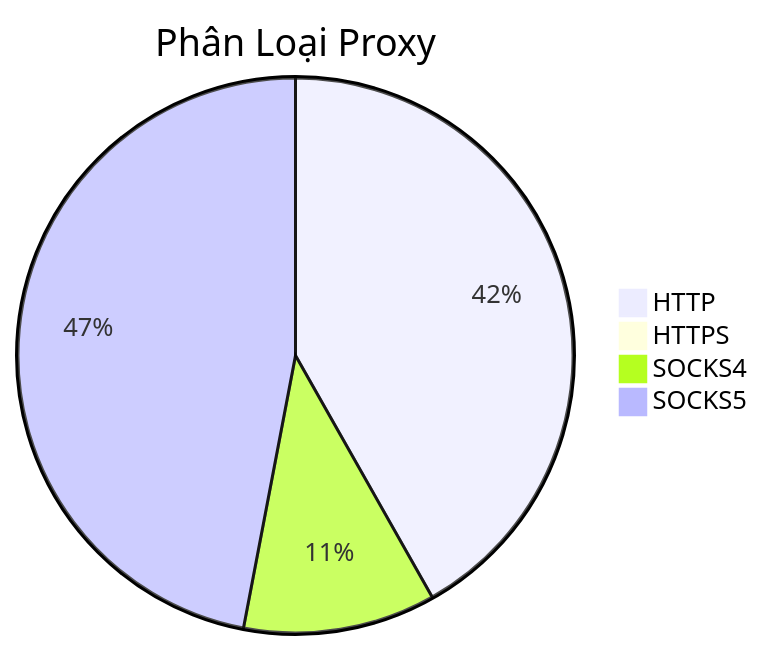
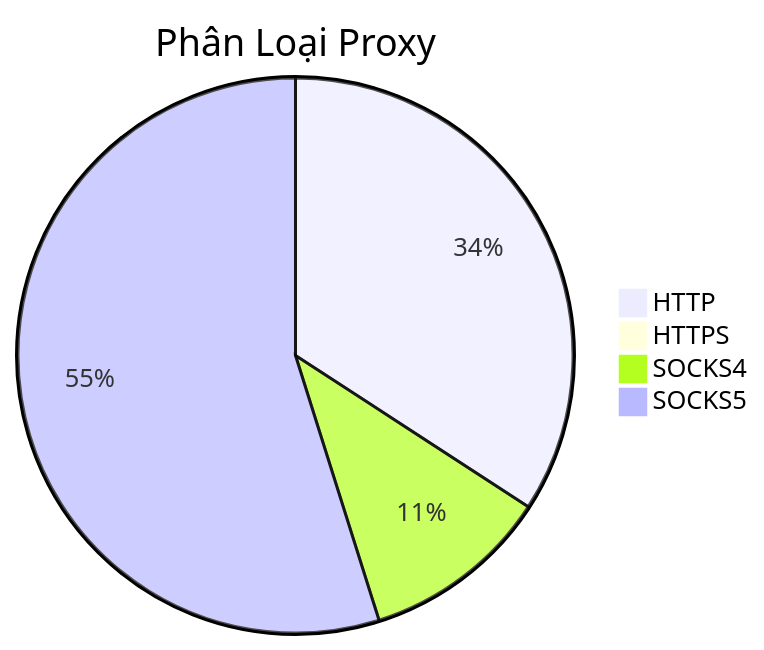
The diagram in README.md (Ciara-Aa/PROXY-free), drawn with Mermaid before and after one commit. The commit also changed other lines of this file and 4 other files, not shown here.

````diff
--- a/README.md
+++ b/README.md
@@ -26,7 +26,7 @@
 ```mermaid
 pie title Phân Loại Proxy
-    "HTTP" : 773
-    "HTTPS" : 1
-    "SOCKS4" : 207
-    "SOCKS5" : 869
+    "HTTP" : 664
+    "HTTPS" : 3
+    "SOCKS4" : 213
+    "SOCKS5" : 1066
 ```
````
